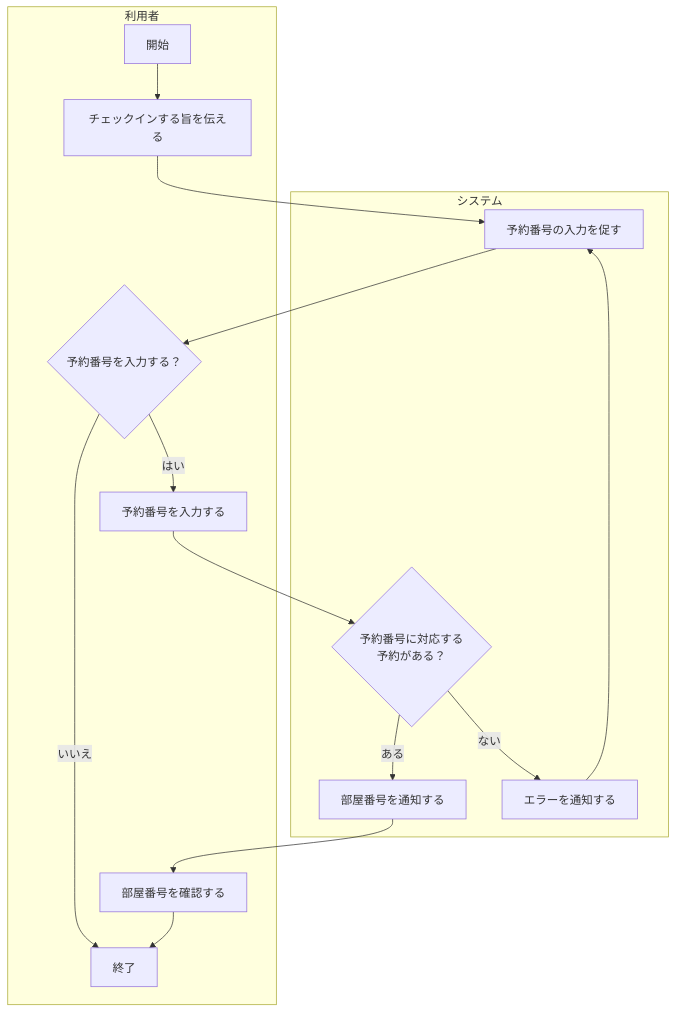
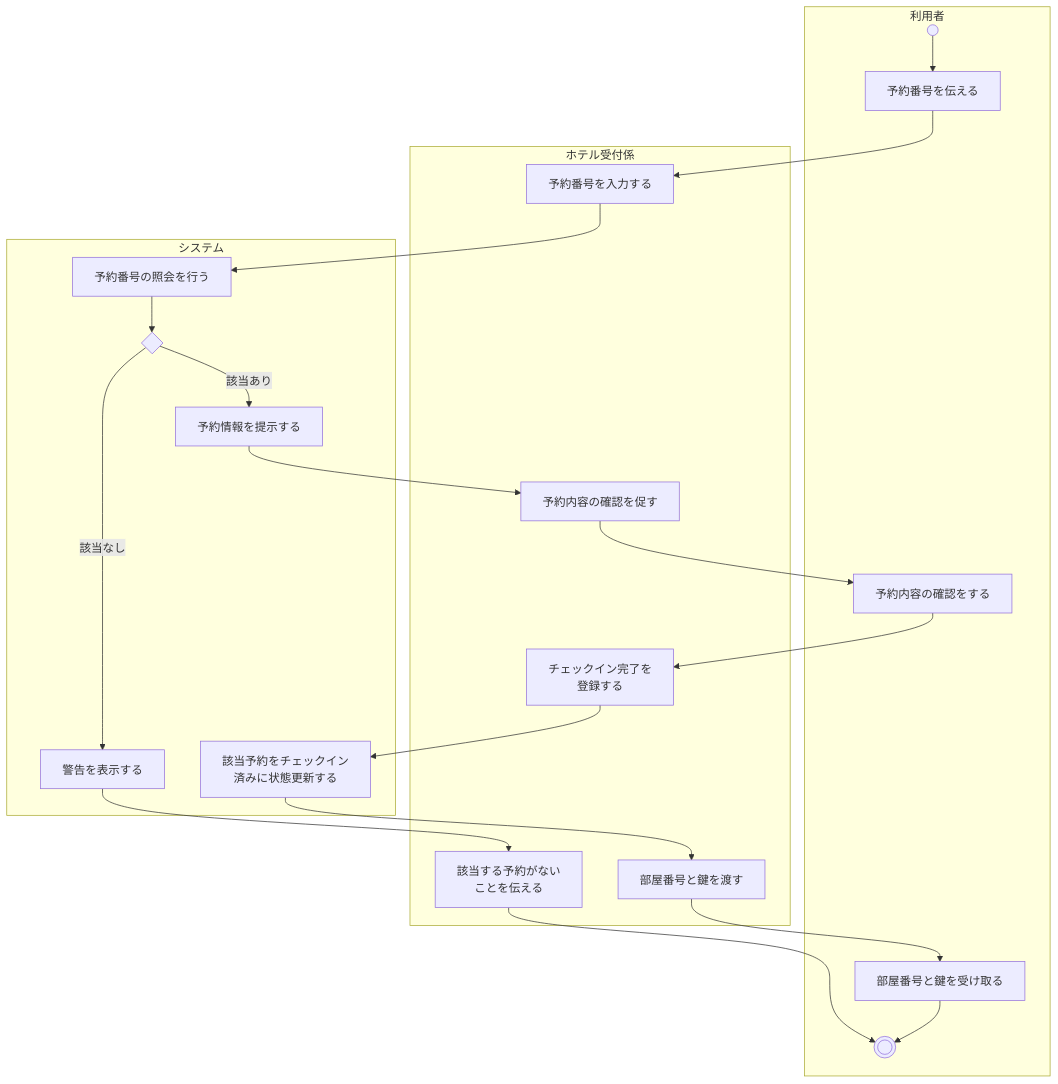
Before and after one commit to Kohki-tyl/HRS: the third of 4 diagrams in Requirements_Analysis.md, drawn with Mermaid. The commit also changed other lines of this file, not shown here.

Commit message:
ユースケース図、アクティビティ図の訂正。

````diff
--- a/Requirements_Analysis.md
+++ b/Requirements_Analysis.md
@@ -176,24 +196,43 @@
 ```mermaid
 flowchart TD
     subgraph U[利用者]
-        B0[開始]
-        B1[チェックインする旨を伝える]
-        B3{予約番号を入力する？<br/>}
-        B4[予約番号を入力する]
-        B8[部屋番号を確認する]
-        B9[終了]
+        A0(( )) --> U1[予約番号を伝える]
+        U2[予約内容の確認をする]
+        U3[部屋番号と鍵を受け取る] --> A1((( )))
+    end
 
+    subgraph C[ホテル受付係]
+        C1[予約番号を入力する]
+        C2[予約内容の確認を促す]
+        C3[チェックイン完了を<br/>登録する]
+        C4[部屋番号と鍵を渡す]
+        C5[該当する予約がない<br/>ことを伝える]
+    end
 
+    subgraph S[システム]
+        S1[予約番号の照会を行う]
+        S2{ }
+        S3[予約情報を提示する]
+        S4[警告を表示する]
+        S5[該当予約をチェックイン<br/>済みに状態更新する]
     end
-    subgraph S[システム]
-        B2[予約番号の入力を促す]
-        B5{予約番号に対応する<br/>予約がある？}
-        B6[部屋番号を通知する]
-        B7[エラーを通知する]
-    end
-    B0 --> B1 --> B2 --> B3
-    B3 -->|はい| B4 --> B5
-    B3 -->|いいえ| B9
-    B5 -->|ある| B6 --> B8 --> B9
-    B5 -->|ない| B7 --> B2
+
+    %% コントロールフローの定義
+    U1 --> C1
+    C1 --> S1
+    S1 --> S2
+
+    %% 条件分岐：該当ありルート
+    S2 -->|該当あり| S3
+    S3 --> C2
+    C2 --> U2
+    U2 --> C3
+    C3 --> S5
+    S5 --> C4
+    C4 --> U3
+
+    %% 条件分岐：該当なしルート
+    S2 -->|該当なし| S4
+    S4 --> C5
+    C5 --> A1
 ```
````
